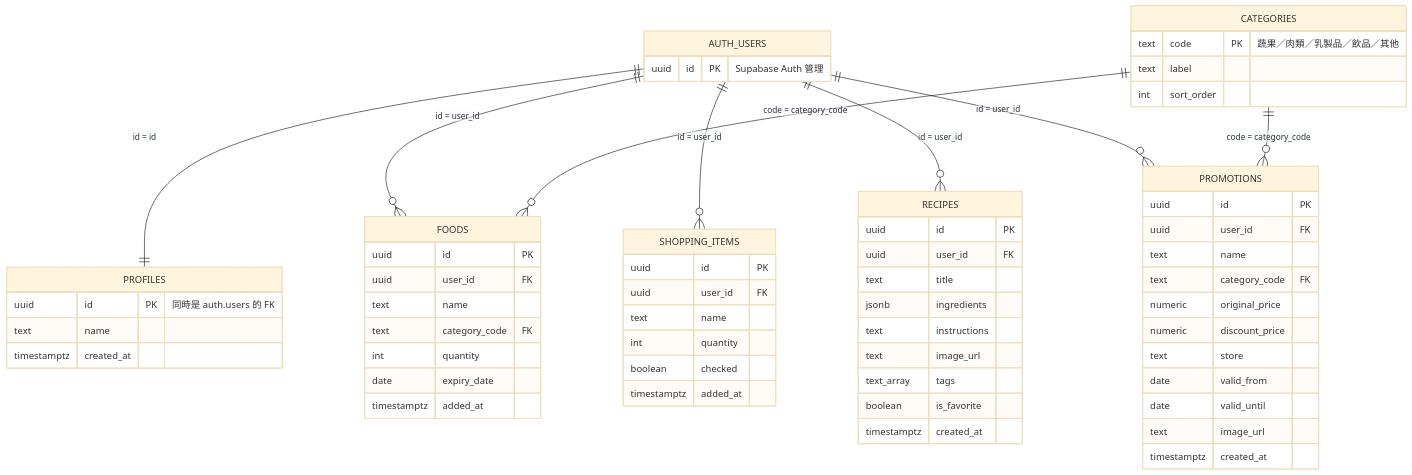
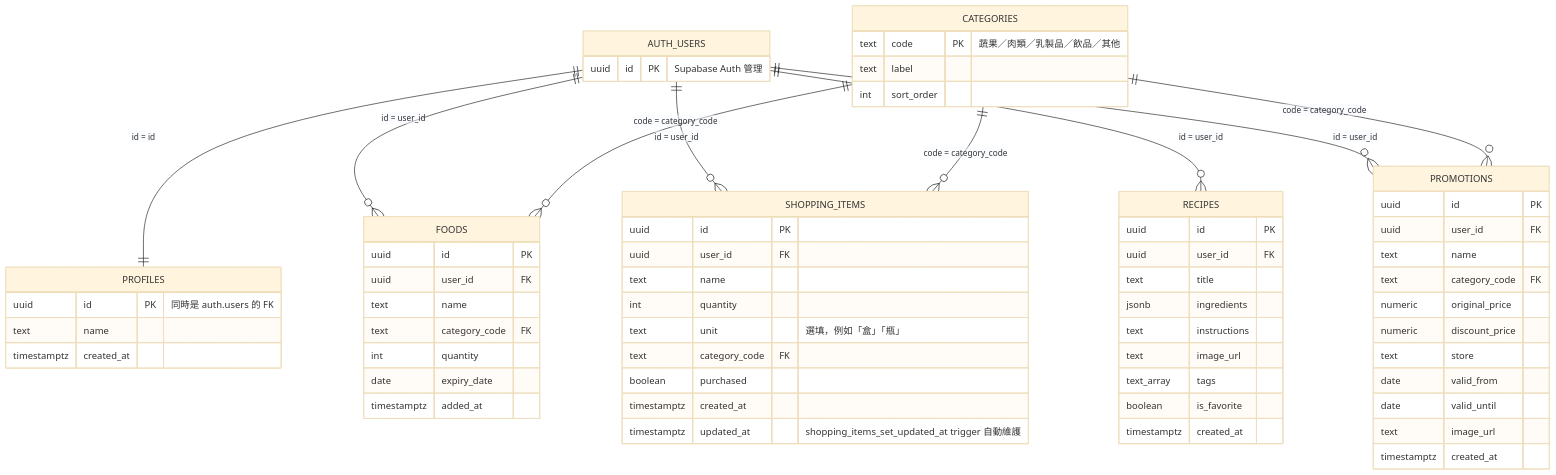
The first of 2 diagrams in documents/database.md (jamieyu0914/my-refrigerator), drawn with Mermaid (base theme) before and after one commit. The commit also changed other lines of this file and 12 other files, not shown here.

````diff
--- a/documents/database.md
+++ b/documents/database.md
@@ -27,65 +32,69 @@
 ```mermaid
 erDiagram
     AUTH_USERS ||--|| PROFILES : "id = id"
     AUTH_USERS ||--o{ FOODS : "id = user_id"
     AUTH_USERS ||--o{ SHOPPING_ITEMS : "id = user_id"
     AUTH_USERS ||--o{ RECIPES : "id = user_id"
     AUTH_USERS ||--o{ PROMOTIONS : "id = user_id"
     CATEGORIES ||--o{ FOODS : "code = category_code"
+    CATEGORIES ||--o{ SHOPPING_ITEMS : "code = category_code"
     CATEGORIES ||--o{ PROMOTIONS : "code = category_code"
 
     AUTH_USERS {
         uuid id PK "Supabase Auth 管理"
     }
     PROFILES {
         uuid id PK "同時是 auth.users 的 FK"
         text name
         timestamptz created_at
     }
     CATEGORIES {
         text code PK "蔬果／肉類／乳製品／飲品／其他"
         text label
         int sort_order
     }
     FOODS {
         uuid id PK
         uuid user_id FK
         text name
         text category_code FK
         int quantity
         date expiry_date
         timestamptz added_at
     }
     SHOPPING_ITEMS {
         uuid id PK
         uuid user_id FK
         text name
         int quantity
-        boolean checked
-        timestamptz added_at
+        text unit "選填，例如「盒」「瓶」"
+        text category_code FK
+        boolean purchased
+        timestamptz created_at
+        timestamptz updated_at "shopping_items_set_updated_at trigger 自動維護"
     }
     RECIPES {
         uuid id PK
         uuid user_id FK
         text title
         jsonb ingredients
         text instructions
         text image_url
         text_array tags
         boolean is_favorite
         timestamptz created_at
     }
     PROMOTIONS {
         uuid id PK
         uuid user_id FK
         text name
         text category_code FK
         numeric original_price
         numeric discount_price
         text store
         date valid_from
         date valid_until
         text image_url
         timestamptz created_at
     }
 ```
````
